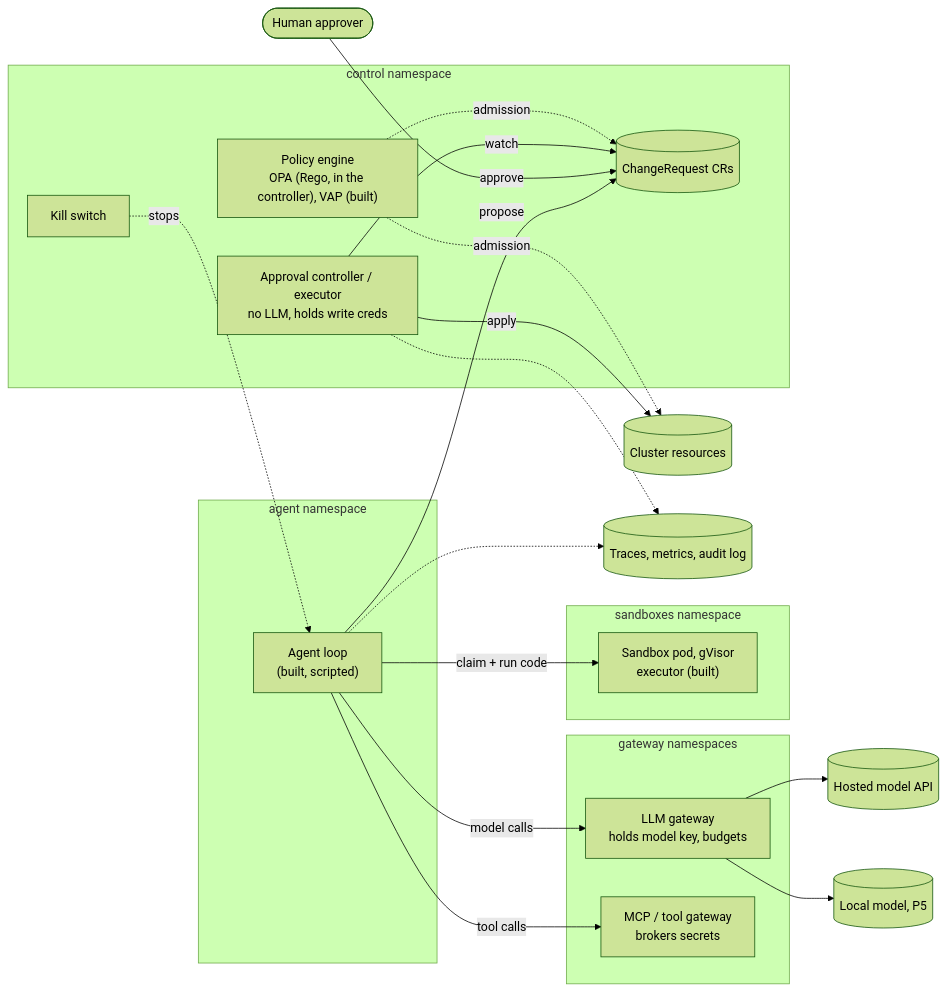
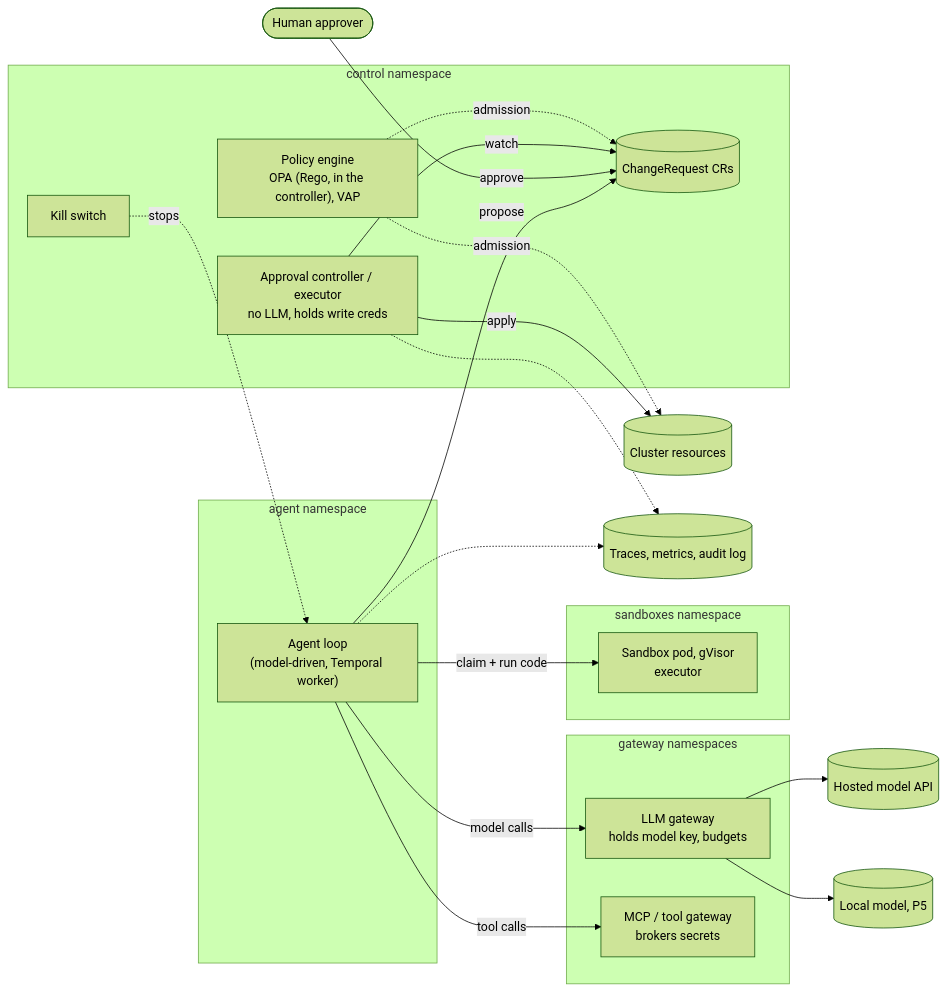
One commit to billykong/safe-ops-agent-k8s changed the diagram in docs/prd/02-architecture.md. Above: the diagram before and after it, drawn with Mermaid (forest theme). The commit also changed other lines of this file and 6 other files, not shown here.

````diff
--- a/docs/prd/02-architecture.md
+++ b/docs/prd/02-architecture.md
@@ -7,44 +7,44 @@
 ```mermaid
 flowchart LR
   human(["Human approver"])
 
   subgraph agentns["agent namespace"]
-    agent["Agent loop<br/>(built, scripted)"]
+    agent["Agent loop<br/>(model-driven, Temporal worker)"]
   end
 
   subgraph gw["gateway namespaces"]
     llmgw["LLM gateway<br/>holds model key, budgets"]
     mcpgw["MCP / tool gateway<br/>brokers secrets"]
   end
 
   subgraph sbx["sandboxes namespace"]
-    sandbox["Sandbox pod, gVisor<br/>executor (built)"]
+    sandbox["Sandbox pod, gVisor<br/>executor"]
   end
 
   subgraph ctl["control namespace"]
     cr[("ChangeRequest CRs")]
     controller["Approval controller / executor<br/>no LLM, holds write creds"]
-    policy["Policy engine<br/>OPA (Rego, in the controller), VAP (built)"]
+    policy["Policy engine<br/>OPA (Rego, in the controller), VAP"]
     kill["Kill switch"]
   end
 
   model[("Hosted model API")]
   local[("Local model, P5")]
   cluster[("Cluster resources")]
   obs[("Traces, metrics, audit log")]
 
   agent -- claim + run code --> sandbox
   agent -- model calls --> llmgw
   llmgw --> model
   llmgw --> local
   agent -- tool calls --> mcpgw
   agent -- propose --> cr
   human -- approve --> cr
   controller -- watch --> cr
   controller -- apply --> cluster
   policy -. admission .-> cr
   policy -. admission .-> cluster
   kill -. stops .-> agent
   agent -.-> obs
   controller -.-> obs
 ```
````
